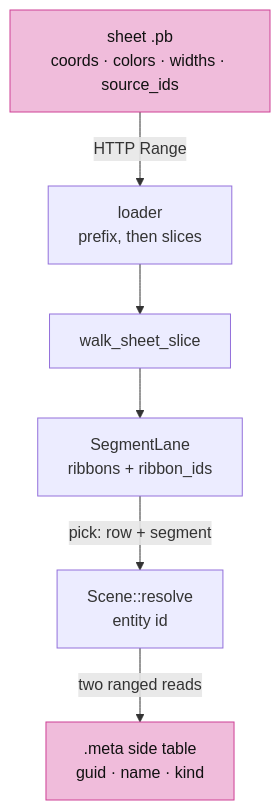
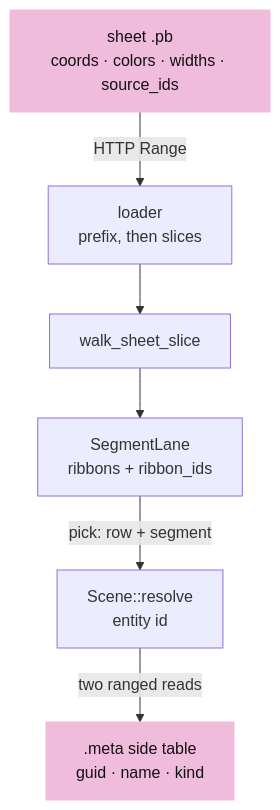
The first of 5 diagrams in session_viewer/docs/19-sheets.md (petrasvestartas/session), drawn with Mermaid before and after one commit. The commit also changed other lines of this file and 324 other files, not shown here.

````diff
--- a/session_viewer/docs/19-sheets.md
+++ b/session_viewer/docs/19-sheets.md
@@ -7,9 +7,9 @@
 ```mermaid
 flowchart TB
     F["sheet .pb<br/>coords · colors · widths · source_ids"] -- "HTTP Range" --> L["loader<br/>prefix, then slices"]
     L --> W["walk_sheet_slice"] --> G["SegmentLane<br/>ribbons + ribbon_ids"]
     G -- "pick: row + segment" --> R["Scene::resolve<br/>entity id"]
     R -- "two ranged reads" --> M[".meta side table<br/>guid · name · kind"]
-    style F fill:#f0bcdb,stroke:#ce4095,color:#111
-    style M fill:#f0bcdb,stroke:#ce4095,color:#111
+    style F fill:#f0bcdb,stroke:#f0bcdb,color:#111
+    style M fill:#f0bcdb,stroke:#f0bcdb,color:#111
 ```
````
